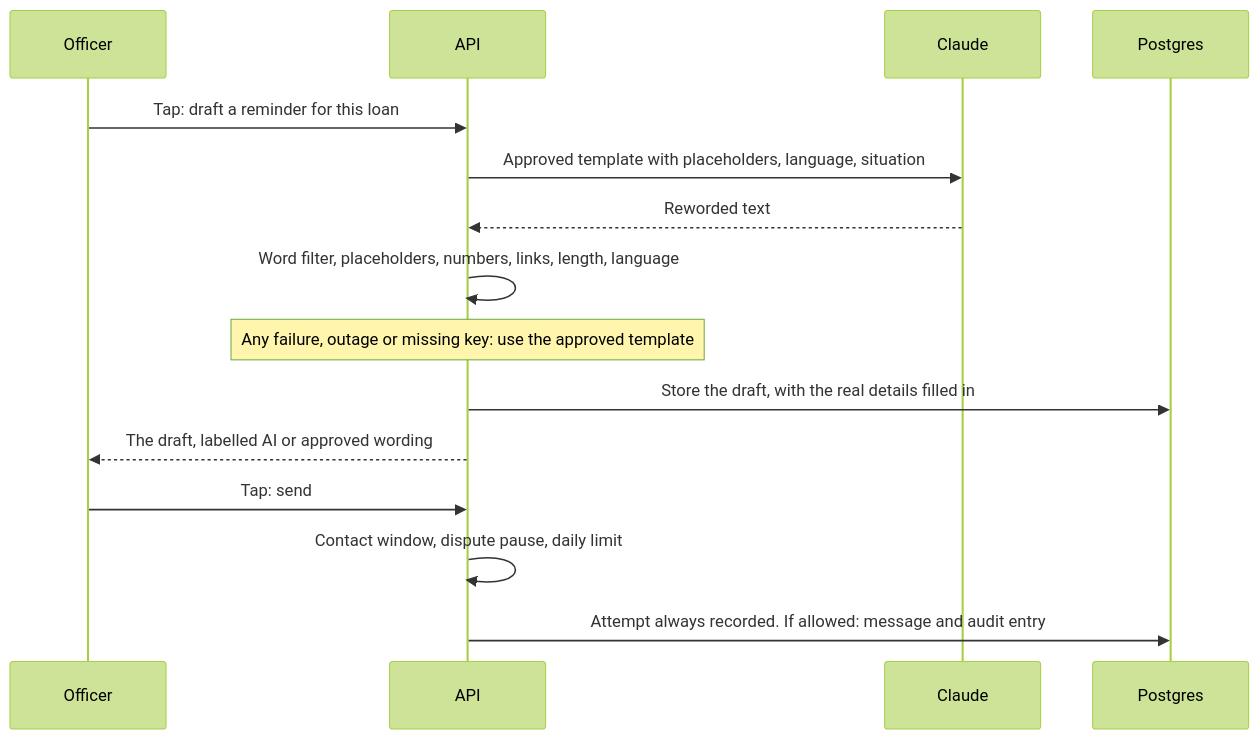
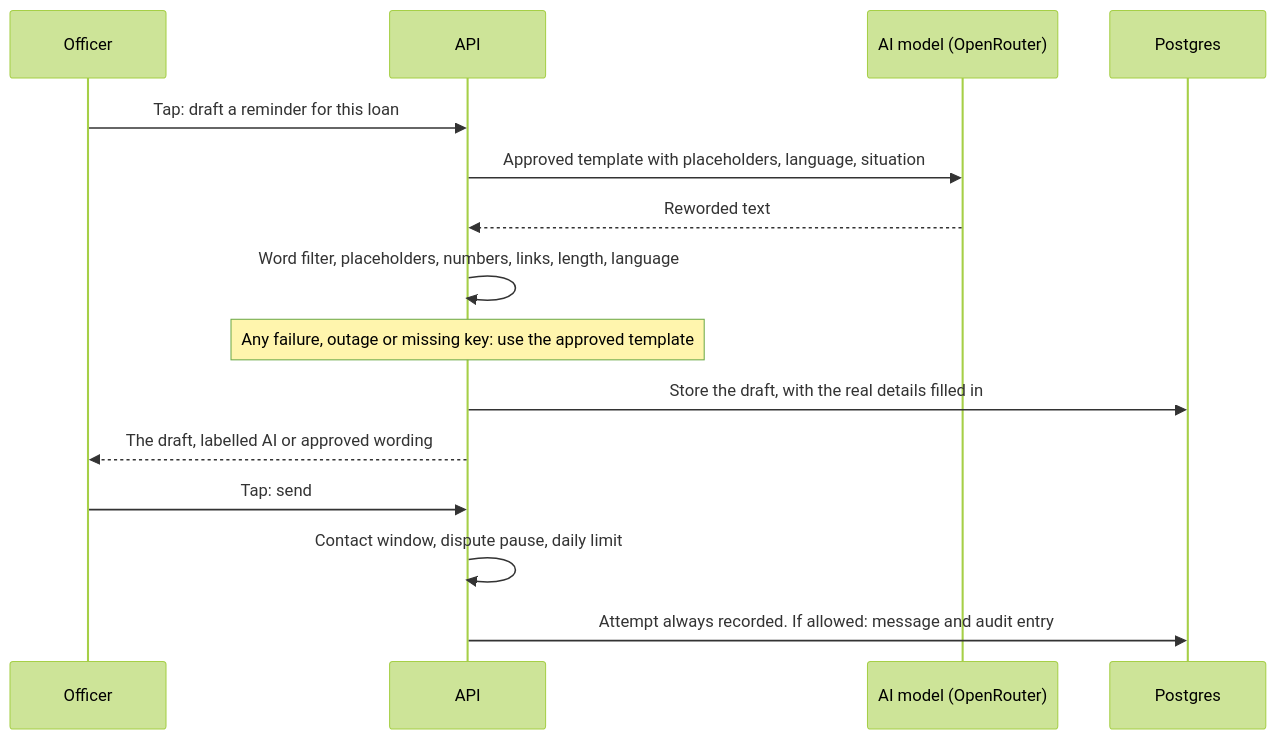
Before and after one commit to palvk4469/Kisht: the fifth of 6 diagrams in docs/ARCHITECTURE.md, drawn with Mermaid (forest theme). The commit also changed 15 other files, not shown here.

First line of the commit message:
feat(api): draft reminders through OpenRouter

````diff
--- a/docs/ARCHITECTURE.md
+++ b/docs/ARCHITECTURE.md
@@ -131,18 +131,18 @@
 ```mermaid
 sequenceDiagram
   participant O as Officer
   participant A as API
-  participant C as Claude
+  participant C as AI model (OpenRouter)
   participant D as Postgres
 
   O->>A: Tap: draft a reminder for this loan
   A->>C: Approved template with placeholders, language, situation
   C-->>A: Reworded text
   A->>A: Word filter, placeholders, numbers, links, length, language
   Note over A: Any failure, outage or missing key: use the approved template
   A->>D: Store the draft, with the real details filled in
   A-->>O: The draft, labelled AI or approved wording
   O->>A: Tap: send
   A->>A: Contact window, dispute pause, daily limit
   A->>D: Attempt always recorded. If allowed: message and audit entry
 ```
````
